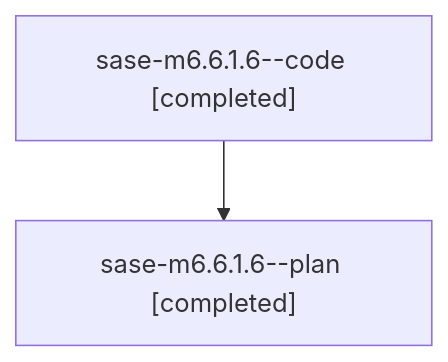
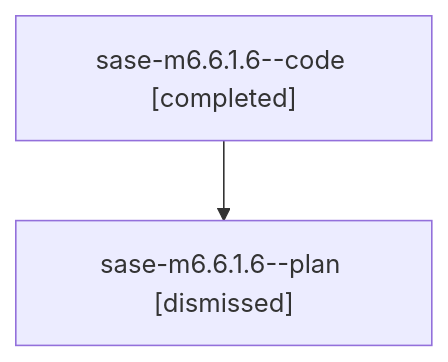
The diagram in families/bbugyi200.athena.sase-m6.6.1.6.md (sase-org/sase--agents), drawn with Mermaid before and after one commit. The commit also changed other lines of this file and 335 other files, not shown here.

````diff
--- a/families/bbugyi200.athena.sase-m6.6.1.6.md
+++ b/families/bbugyi200.athena.sase-m6.6.1.6.md
@@ -9,6 +9,6 @@
 ```mermaid
 flowchart TD
   n0["sase-m6.6.1.6--code [completed]"]
-  n1["sase-m6.6.1.6--plan [completed]"]
+  n1["sase-m6.6.1.6--plan [dismissed]"]
   n0 --> n1
 ```
````
